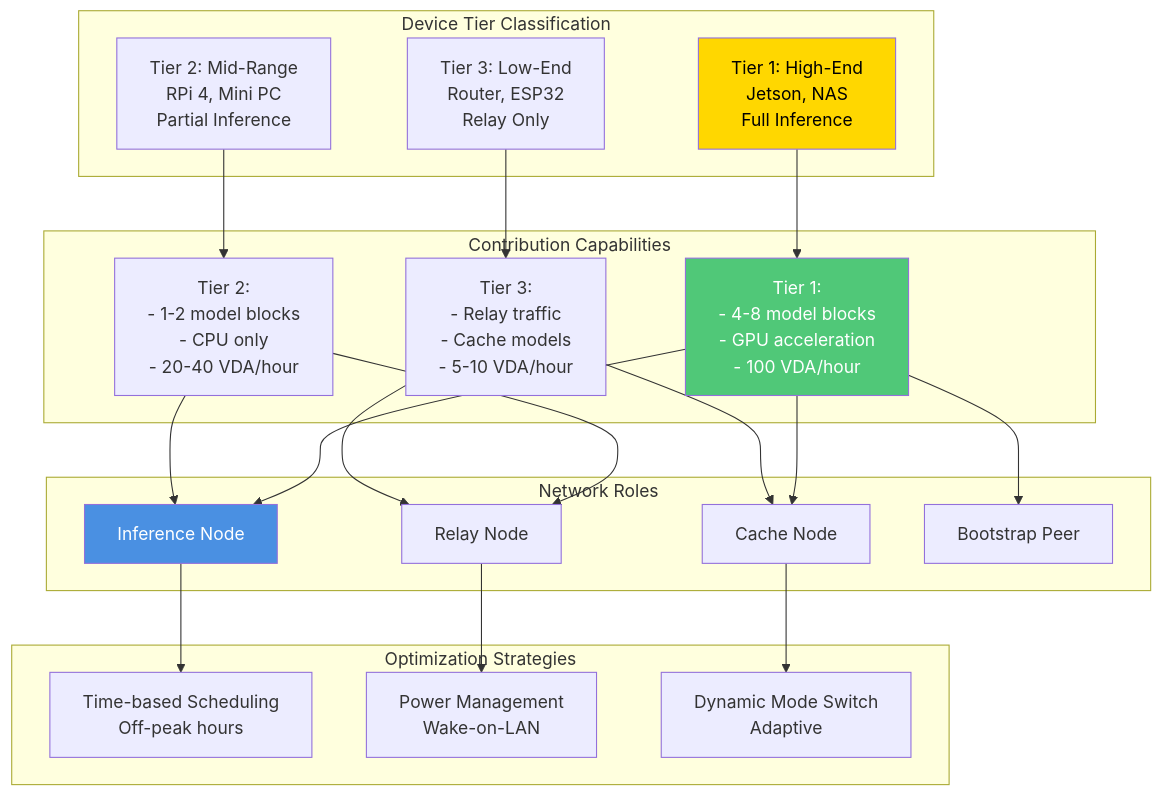
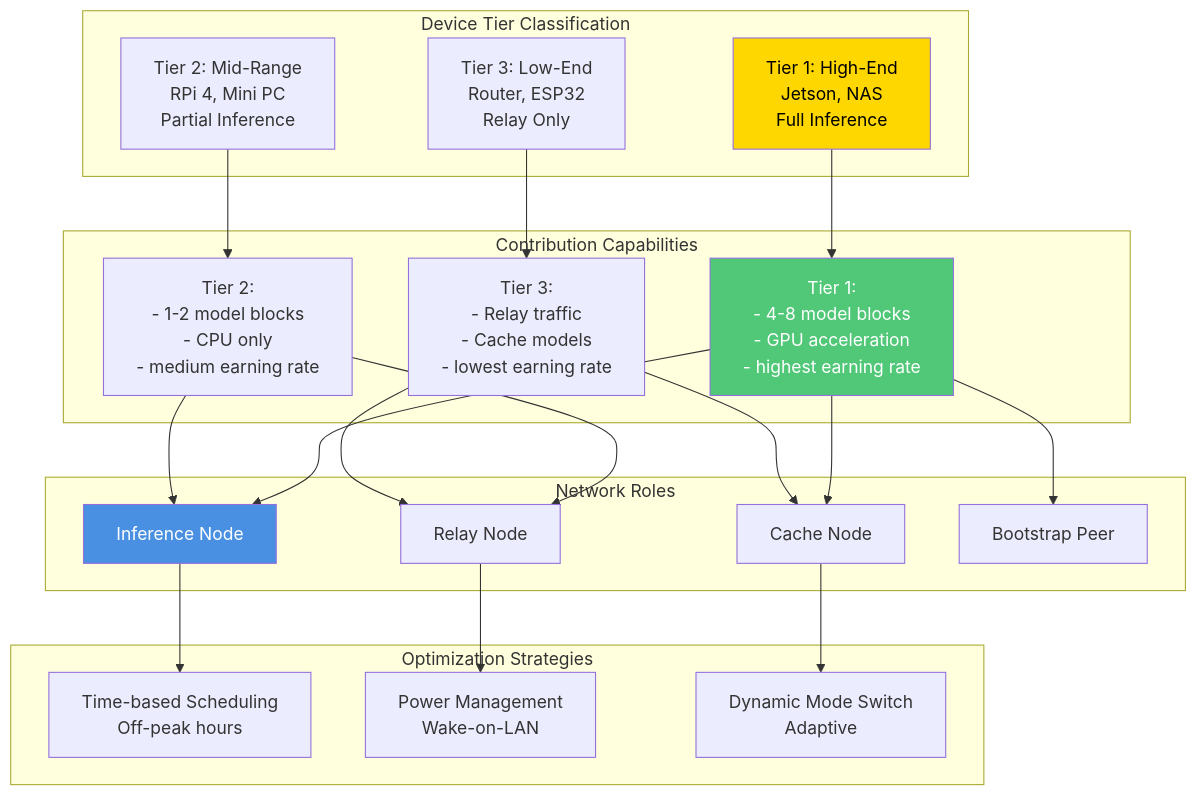
Diagram 12 of 17 in docs/DEPLOYMENT_ARCHITECTURE.md (Kwaai-AI-Lab/KwaaiNet), drawn with Mermaid before and after one commit. The commit also changed other lines of this file and 28 other files, not shown here.

````diff
--- a/docs/DEPLOYMENT_ARCHITECTURE.md
+++ b/docs/DEPLOYMENT_ARCHITECTURE.md
@@ -729,49 +721,49 @@
 ```mermaid
 graph TB
     subgraph "Device Tier Classification"
         Tier1[Tier 1: High-End<br/>Jetson, NAS<br/>Full Inference]
         Tier2[Tier 2: Mid-Range<br/>RPi 4, Mini PC<br/>Partial Inference]
         Tier3[Tier 3: Low-End<br/>Router, ESP32<br/>Relay Only]
     end
 
     subgraph "Contribution Capabilities"
-        T1Contrib[Tier 1:<br/>- 4-8 model blocks<br/>- GPU acceleration<br/>- 100 VDA/hour]
-        T2Contrib[Tier 2:<br/>- 1-2 model blocks<br/>- CPU only<br/>- 20-40 VDA/hour]
-        T3Contrib[Tier 3:<br/>- Relay traffic<br/>- Cache models<br/>- 5-10 VDA/hour]
+        T1Contrib[Tier 1:<br/>- 4-8 model blocks<br/>- GPU acceleration<br/>- highest earning rate]
+        T2Contrib[Tier 2:<br/>- 1-2 model blocks<br/>- CPU only<br/>- medium earning rate]
+        T3Contrib[Tier 3:<br/>- Relay traffic<br/>- Cache models<br/>- lowest earning rate]
     end
 
     subgraph "Network Roles"
         Inference[Inference Node]
         Relay[Relay Node]
         Cache[Cache Node]
         Bootstrap[Bootstrap Peer]
     end
 
     subgraph "Optimization Strategies"
         Scheduling[Time-based Scheduling<br/>Off-peak hours]
         PowerMgmt[Power Management<br/>Wake-on-LAN]
         Dynamic[Dynamic Mode Switch<br/>Adaptive]
     end
 
     Tier1 --> T1Contrib
     Tier2 --> T2Contrib
     Tier3 --> T3Contrib
 
     T1Contrib --> Inference
     T1Contrib --> Cache
     T1Contrib --> Bootstrap
 
     T2Contrib --> Inference
     T2Contrib --> Relay
 
     T3Contrib --> Relay
     T3Contrib --> Cache
 
     Inference --> Scheduling
     Relay --> PowerMgmt
     Cache --> Dynamic
 
     style Tier1 fill:#FFD700,color:#000
     style T1Contrib fill:#50C878,color:#fff
     style Inference fill:#4A90E2,color:#fff
 ```
````
